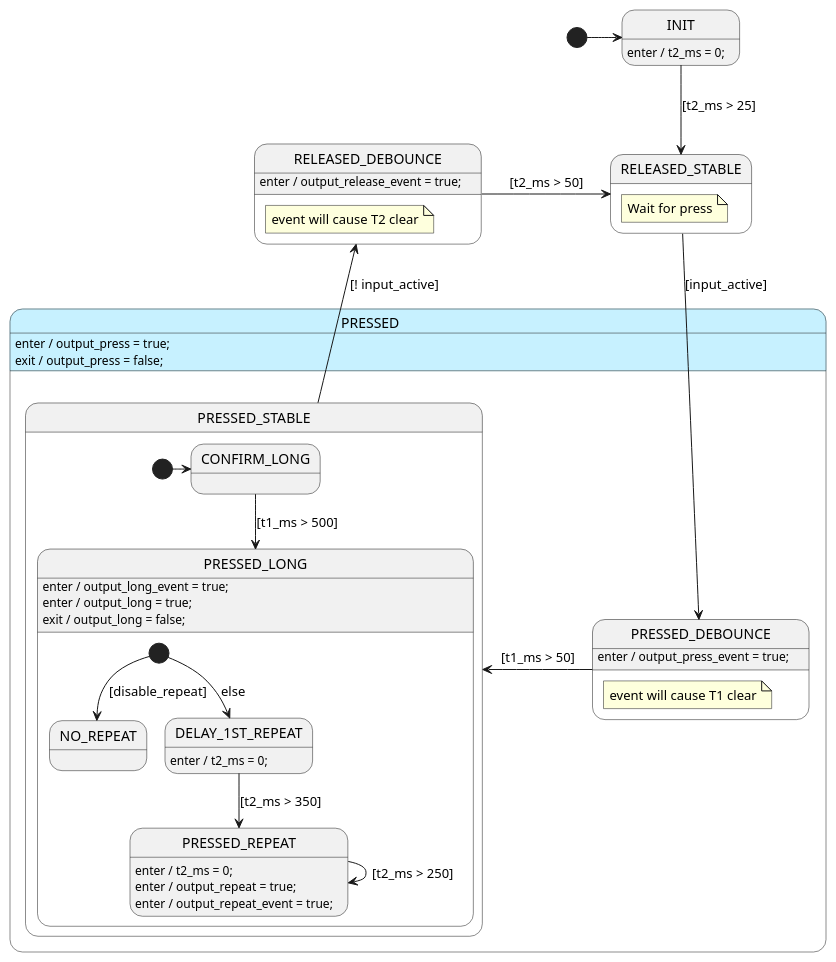
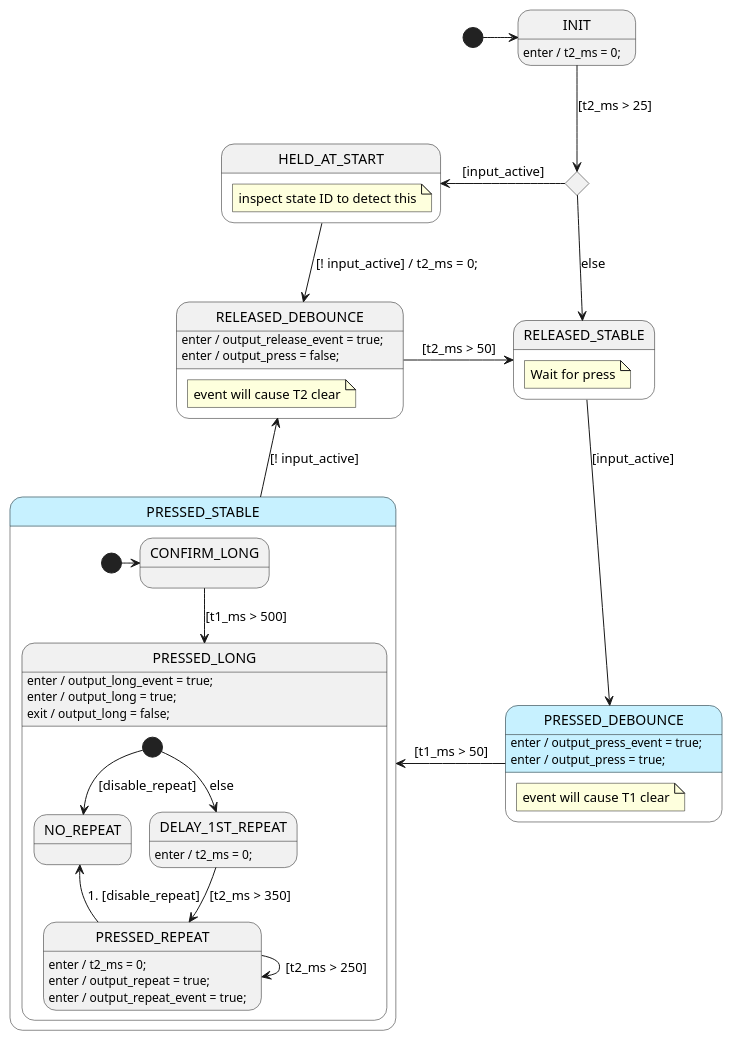
One commit to adamfk/bespoke-button changed the diagram in src/bb2/bb2-c/BeButton2Sm.plantuml. Above: the diagram before and after it, drawn with PlantUML.

Commit message:
looking good

```diff
--- a/src/bb2/bb2-c/BeButton2Sm.plantuml
+++ b/src/bb2/bb2-c/BeButton2Sm.plantuml
@@ -1,142 +1,147 @@
 @startuml BeButton2Sm
 
 ' /////////////////////////// Styles ////////////////////////////////
 ' Define some colors for the states. Totally optional.
 skinparam state {
     ' pressed style:
     BackgroundColor<<press_style>> #c7f1ff
 }
 
 ' //////////////////////// STATE ORGANIZATION ///////////////////////
 ' Note: StateSmith treats state names and events as case insensitive.
 ' More info: https://github.com/StateSmith/StateSmith/wiki/PlantUML
 
 state INIT
+state INIT_CHOICE<<choice>>
+
+state HELD_AT_START {
+    note "inspect state ID to detect this" as N1
+}
 
 state RELEASED_DEBOUNCE {
     note "event will cause T2 clear" as N1
 }
 state RELEASED_STABLE {
     note "Wait for press" as N1
 }
 
-state PRESSED <<press_style>> {
-    state PRESSED_DEBOUNCE {
-        note "event will cause T1 clear" as N1
+state PRESSED_DEBOUNCE <<press_style>> {
+    note "event will cause T1 clear" as N1
+}
+state PRESSED_STABLE <<press_style>> {
+    [*] -> CONFIRM_LONG
+    state CONFIRM_LONG
+    state PRESSED_LONG {
+        state NO_REPEAT
+        state DELAY_1ST_REPEAT
+        state PRESSED_REPEAT
+        [*] --> DELAY_1ST_REPEAT: else
+        [*] --> NO_REPEAT: [disable_repeat]
     }
-    state PRESSED_STABLE {
-        [*] -> CONFIRM_LONG
-        state CONFIRM_LONG
-        state PRESSED_LONG {
-            state NO_REPEAT
-            state DELAY_1ST_REPEAT
-            state PRESSED_REPEAT
-            [*] --> DELAY_1ST_REPEAT: else
-            [*] --> NO_REPEAT: [disable_repeat]
-        }
-    }
-    ' [*] -> PRESSED_DEBOUNCE
 }
 
 
 [*] -> INIT
 
 
+
 ' ///////////////////////// STATE HANDLERS /////////////////////////
 ' Syntax: https://github.com/StateSmith/StateSmith/wiki/Behaviors
 
 INIT: enter / t2_ms = 0;
-INIT -down-> RELEASED_STABLE: [t2_ms > 25]
+INIT -down-> INIT_CHOICE: [t2_ms > 25]
 
+INIT_CHOICE -left-> HELD_AT_START: [input_active]
+INIT_CHOICE --> RELEASED_STABLE: else
 
-'
-PRESSED: enter / output_press = true;
-PRESSED: exit / output_press = false;
+HELD_AT_START --> RELEASED_DEBOUNCE: [! input_active] / t2_ms = 0;
 
 ' Wait for debounce time and then go to stable state.
 RELEASED_DEBOUNCE: enter / output_release_event = true;
+RELEASED_DEBOUNCE: enter / output_press = false;
 RELEASED_DEBOUNCE -right-> RELEASED_STABLE: [t2_ms > 50]
 
 ' Button is released. Wait for button press.
 RELEASED_STABLE -down-> PRESSED_DEBOUNCE: [input_active]
 
 ' Wait for debounce time and then go to stable state.
 PRESSED_DEBOUNCE: enter / output_press_event = true;
-PRESSED_DEBOUNCE -> PRESSED_STABLE: [t1_ms > 50]
+PRESSED_DEBOUNCE: enter / output_press = true;
+PRESSED_DEBOUNCE -left-> PRESSED_STABLE: [t1_ms > 50]
 
 ' Button is pressed. Wait for button release.
 PRESSED_STABLE -up-> RELEASED_DEBOUNCE: [! input_active]
 
 ' Button is still pressed. Wait for long press time.
 CONFIRM_LONG --> PRESSED_LONG: [t1_ms > 500]
 
 ' Button has been pressed for a long time.
 ' Transition to repeat state if button remains pressed long enough.
 PRESSED_LONG: enter / output_long_event = true;
 PRESSED_LONG: enter / output_long = true;
 PRESSED_LONG: exit / output_long = false;
 
 DELAY_1ST_REPEAT: enter / t2_ms = 0;
 DELAY_1ST_REPEAT --> PRESSED_REPEAT: [t2_ms > 350]
 
 ' Keep setting the button repeat event every 250 ms.
 PRESSED_REPEAT: enter / t2_ms = 0;
 PRESSED_REPEAT: enter / output_repeat = true;
 PRESSED_REPEAT: enter / output_repeat_event = true;
 PRESSED_REPEAT --> PRESSED_REPEAT: [t2_ms > 250]
+PRESSED_REPEAT -up-> NO_REPEAT: 1. [disable_repeat]
 
 
 ' //////////////////////// StateSmith config ////////////////////////
 ' The below special comment block sets the StateSmith configuration.
 ' More info: https://github.com/StateSmith/StateSmith/issues/335
 
 /'! $CONFIG : toml
 SmRunnerSettings.transpilerId = "C99"
 
 RenderConfig.C.HFileIncludes = """
     #include <stdint.h> // for fixed width integer state machine variables below
     """
 RenderConfig.AutoExpandedVars = """
     //////////////////////////////////////////
     // INPUTS
     //////////////////////////////////////////
 
     // you need to add your loop time to this variable in your main loop.
     // max time is 65535 ms.
     uint16_t t1_ms;
 
     // you need to add your loop time to this variable in your main loop.
     // max time is 65535 ms.
     uint16_t t2_ms;
 
     // set to 1 when button is detected as active.
     uint8_t input_active: 1;
 
     // set to 1 to disable repeat events.
     // the repeat state uses t2
     uint8_t disable_repeat: 1;
 
     //////////////////////////////////////////
     // OUTPUTS
     //////////////////////////////////////////
 
     // read and clear event flags in your main loop.
     uint8_t output_release_event: 1;
     uint8_t output_press_event: 1;
     uint8_t output_long_event: 1;
     uint8_t output_repeat_event: 1;
 
     // read these flags in your main loop, but don't clear them.
     // they are cleared automatically.
     uint8_t output_press: 1;
     uint8_t output_long: 1;
-    // uint8_t output_repeat: 1;
 
-
+    uint8_t press_count;
     """
 
 # Uncomment the below line to potentially save a byte or two of RAM per state machine
 # by telling GCC to use the smallest enumeration integer type possible.
 RenderConfig.C.CEnumDeclarer = "typedef enum __attribute__((packed)) {enumName}"
 '/
 @enduml
```
